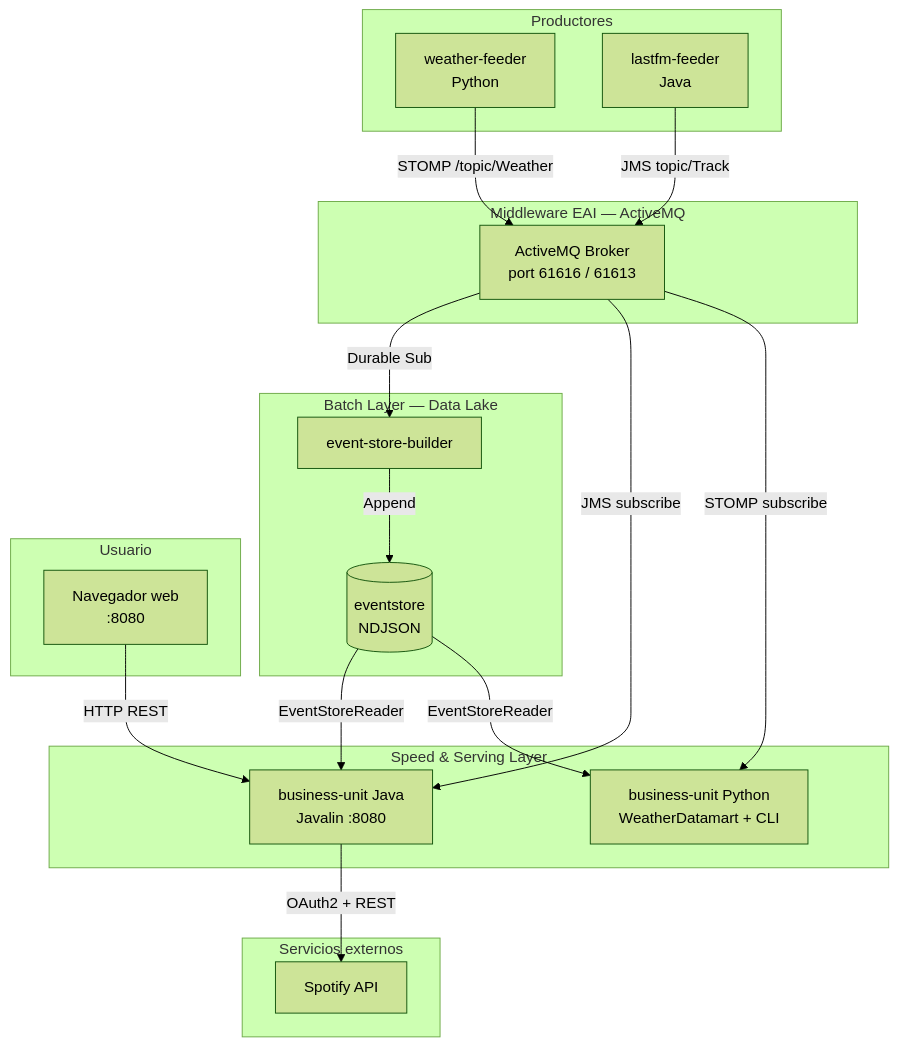
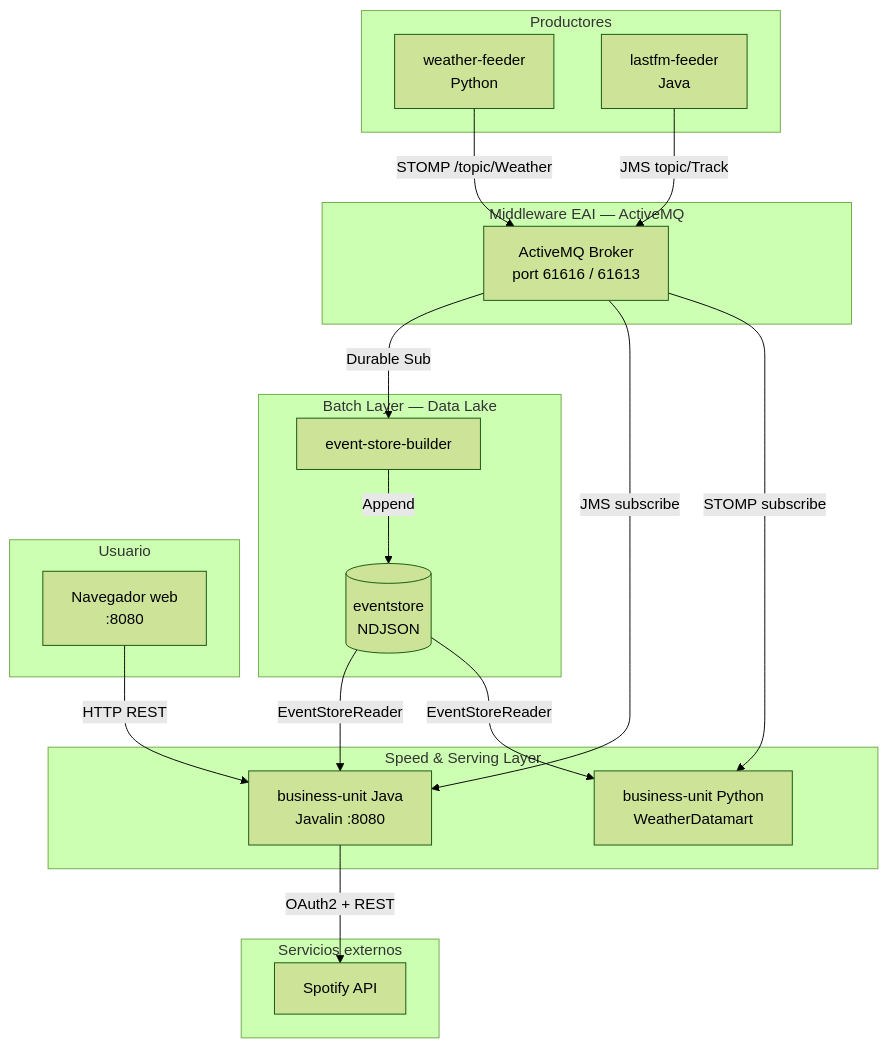
One commit to CiberVibes/music-weather-recommender changed the first of 4 diagrams in README.md. Above: the diagram before and after it, drawn with Mermaid (forest theme). The commit also changed other lines of this file and 52 other files, not shown here.

````diff
--- a/README.md
+++ b/README.md
@@ -24,40 +24,40 @@
 ```mermaid
 graph TD
     subgraph "Productores"
         WF[weather-feeder\nPython]
         LF[lastfm-feeder\nJava]
     end
 
     subgraph "Middleware EAI — ActiveMQ"
         B[ActiveMQ Broker\nport 61616 / 61613]
     end
 
     subgraph "Batch Layer — Data Lake"
         ESB[event-store-builder]
         ES[(eventstore\nNDJSON)]
     end
 
     subgraph "Speed & Serving Layer"
         BU[business-unit Java\nJavalin :8080]
-        BUP[business-unit Python\nWeatherDatamart + CLI]
+        BUP[business-unit Python\nWeatherDatamart]
     end
 
     subgraph "Servicios externos"
         SP[Spotify API]
     end
 
     subgraph "Usuario"
         BR[Navegador web\n:8080]
     end
 
     WF -->|STOMP /topic/Weather| B
     LF -->|JMS topic/Track| B
     B -->|Durable Sub| ESB
     ESB -->|Append| ES
     B -->|JMS subscribe| BU
     B -->|STOMP subscribe| BUP
     ES -->|EventStoreReader| BU
     ES -->|EventStoreReader| BUP
     BR -->|HTTP REST| BU
     BU -->|OAuth2 + REST| SP
 ```
````
